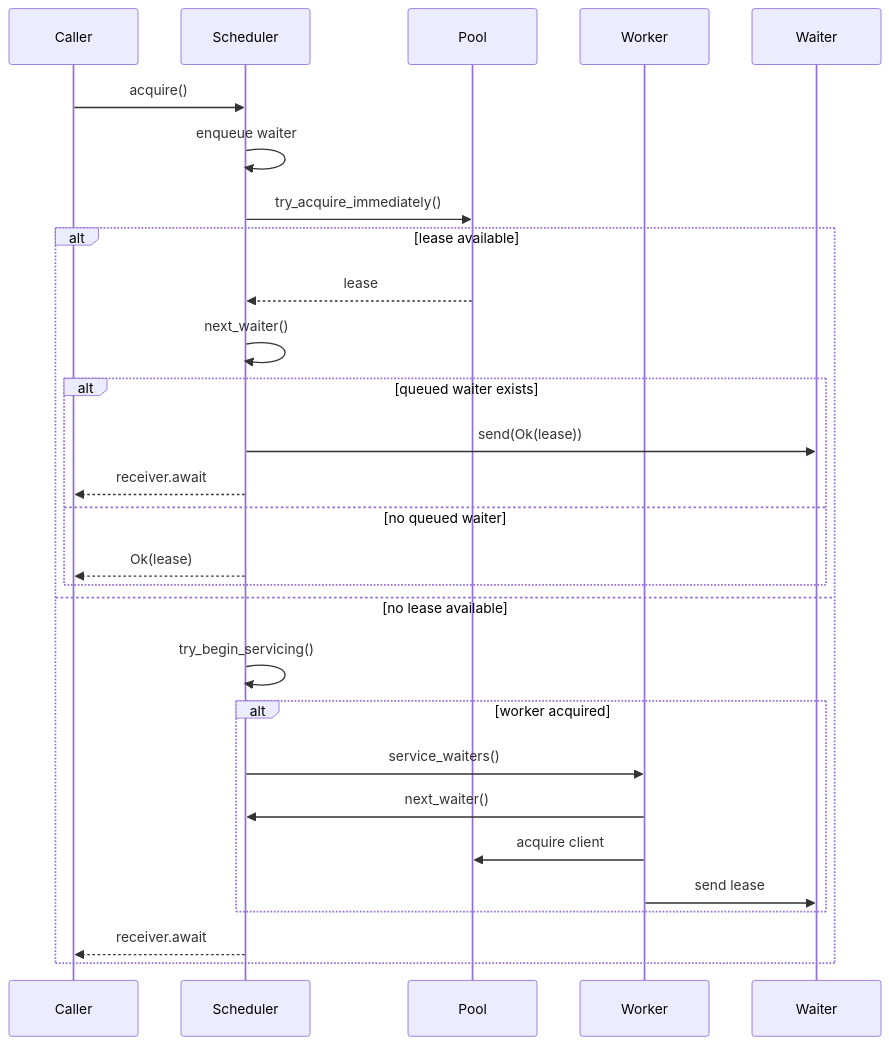
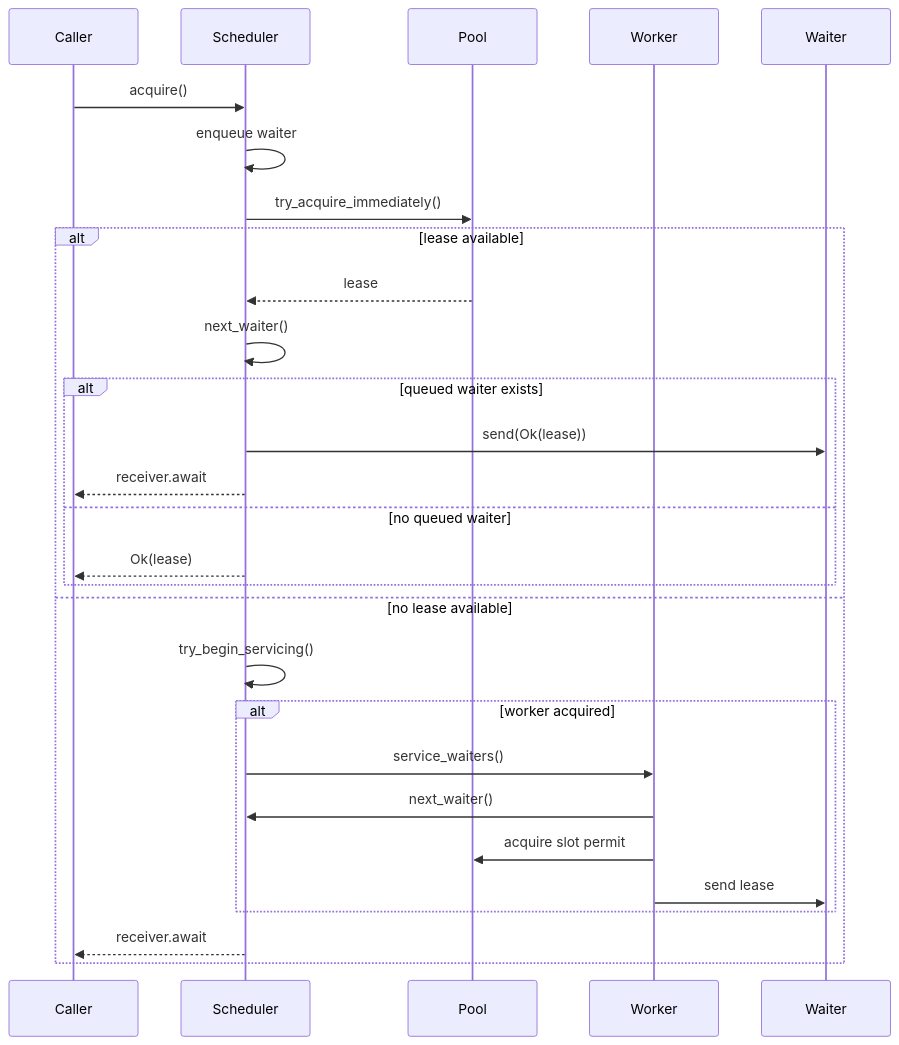
Before and after one commit to leynos/wireframe: the third of 3 diagrams in docs/wireframe-client-design.md, drawn with Mermaid.

Commit message:
Clarify slot permit in pool diagram

````diff
--- a/docs/wireframe-client-design.md
+++ b/docs/wireframe-client-design.md
@@ -576,31 +576,31 @@
 ```mermaid
 sequenceDiagram
     participant Caller
     participant Scheduler
     participant Pool
     participant Worker
     participant Waiter
 
     Caller->>Scheduler: acquire()
     Scheduler->>Scheduler: enqueue waiter
     Scheduler->>Pool: try_acquire_immediately()
     alt lease available
         Pool-->>Scheduler: lease
         Scheduler->>Scheduler: next_waiter()
         alt queued waiter exists
             Scheduler->>Waiter: send(Ok(lease))
             Scheduler-->>Caller: receiver.await
         else no queued waiter
             Scheduler-->>Caller: Ok(lease)
         end
     else no lease available
         Scheduler->>Scheduler: try_begin_servicing()
         alt worker acquired
             Scheduler->>Worker: service_waiters()
             Worker->>Scheduler: next_waiter()
-            Worker->>Pool: acquire client
+            Worker->>Pool: acquire slot permit
             Worker->>Waiter: send lease
         end
         Scheduler-->>Caller: receiver.await
     end
 ```
````
